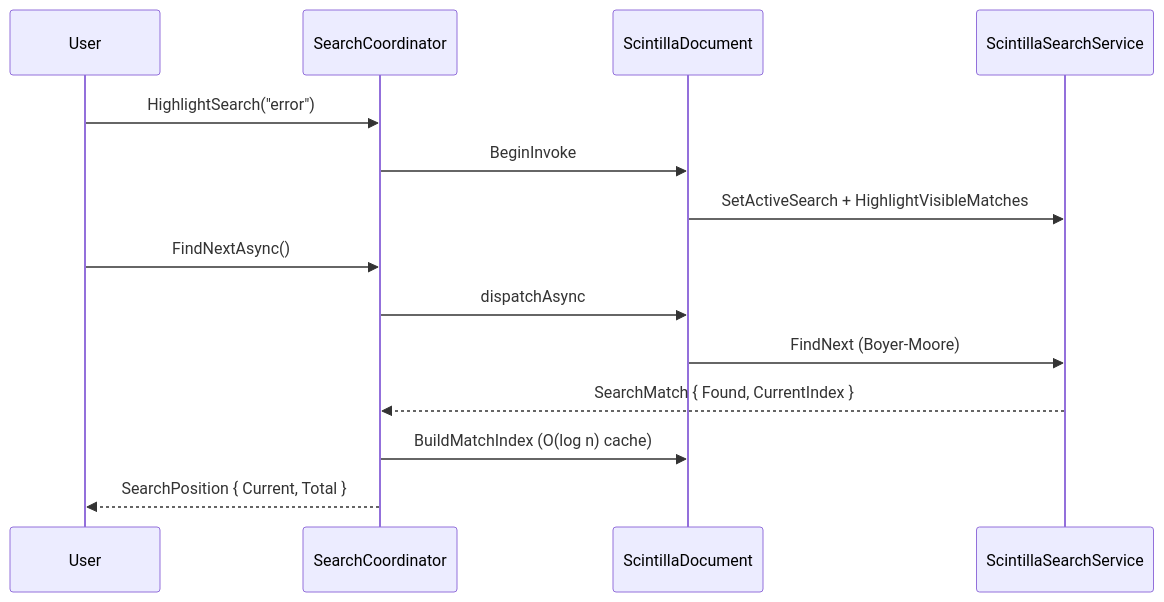
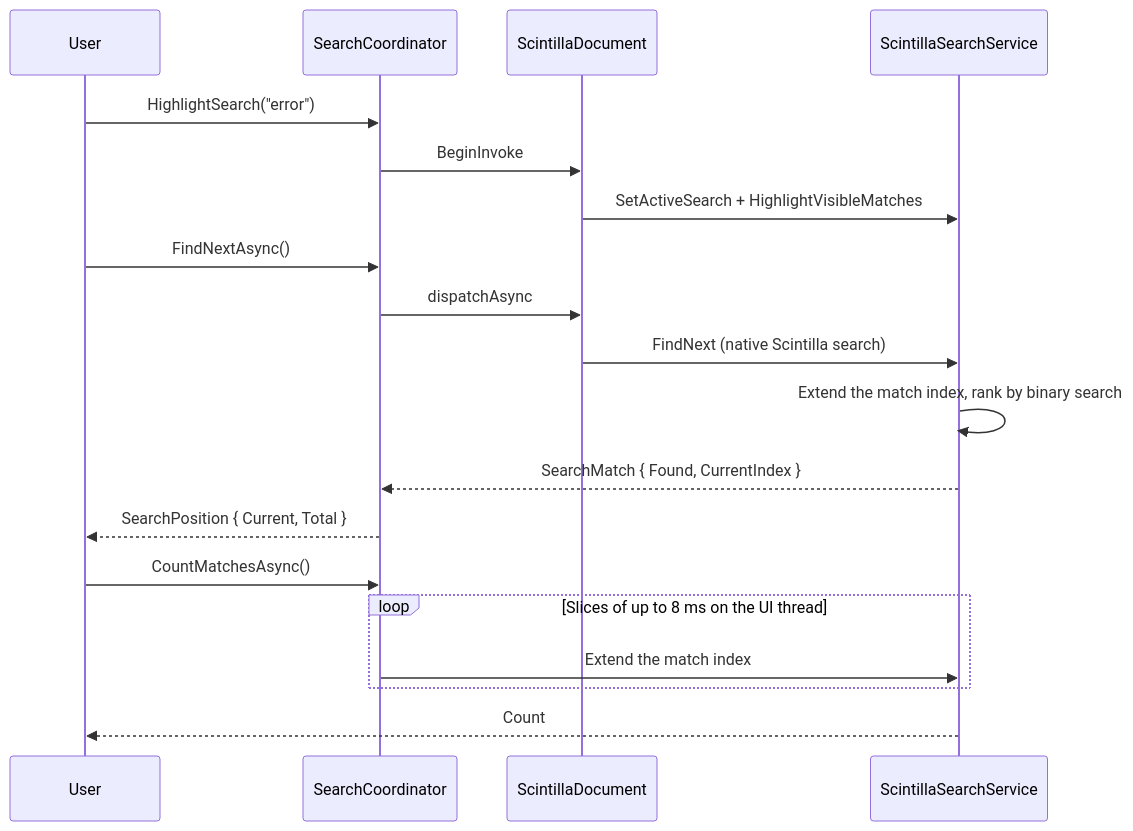
One commit to trgiangv/ZLogger.Scintilla changed the sixth of 8 diagrams in docs/architecture.md. Above: the diagram before and after it, drawn with Mermaid. The commit also changed other lines of this file and 6 other files, not shown here.

````diff
--- a/docs/architecture.md
+++ b/docs/architecture.md
@@ -216,18 +242,24 @@
 ```mermaid
 sequenceDiagram
     participant User
     participant Coord as SearchCoordinator
     participant Doc as ScintillaDocument
     participant SS as ScintillaSearchService
 
     User->>Coord: HighlightSearch("error")
     Coord->>Doc: BeginInvoke
     Doc->>SS: SetActiveSearch + HighlightVisibleMatches
 
     User->>Coord: FindNextAsync()
     Coord->>Doc: dispatchAsync
-    Doc->>SS: FindNext (Boyer-Moore)
+    Doc->>SS: FindNext (native Scintilla search)
+    SS->>SS: Extend the match index, rank by binary search
     SS-->>Coord: SearchMatch { Found, CurrentIndex }
-    Coord->>Doc: BuildMatchIndex (O(log n) cache)
     Coord-->>User: SearchPosition { Current, Total }
+
+    User->>Coord: CountMatchesAsync()
+    loop Slices of up to 8 ms on the UI thread
+        Coord->>SS: Extend the match index
+    end
+    SS-->>User: Count
 ```
````
